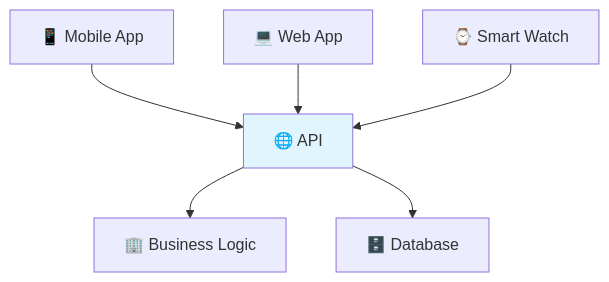
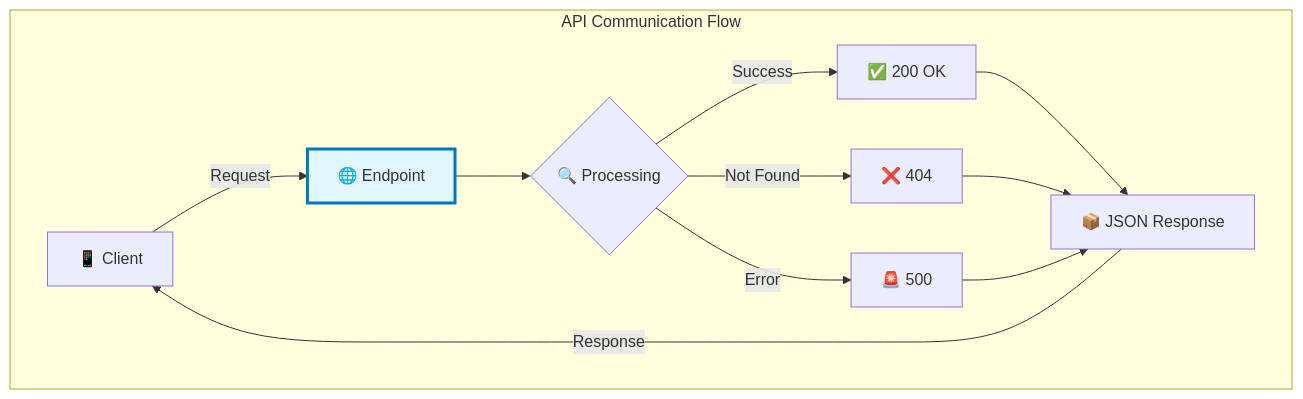
Diagram 17 of 17 in app/docs/01_getting-started/a-start-what-is-restapi/page.mdx (ridwanspace/restful-fastapi-guideline), drawn with Mermaid before and after one commit. The commit also changed other lines of this file and 1 other file, not shown here.

First line of the commit message:
📝 docs(README): enhance REST API documentation with restaurant analogy

````diff
--- a/app/docs/01_getting-started/a-start-what-is-restapi/page.mdx
+++ b/app/docs/01_getting-started/a-start-what-is-restapi/page.mdx
@@ -57,10 +2045,16 @@
 ```mermaid
 graph TD
-    A[📱 Mobile App] --> D[🌐 API]
-    B[💻 Web App] --> D
-    C[⌚ Smart Watch] --> D
-    D --> E[🏢 Business Logic]
-    D --> F[🗄️ Database]
+    subgraph "API Communication Flow"
+        A[📱 Client] -->|Request| B[🌐 Endpoint]
+        B --> C{🔍 Processing}
+        C -->|Success| D[✅ 200 OK]
+        C -->|Not Found| E[❌ 404]
+        C -->|Error| F[🚨 500]
+        D --> G[📦 JSON Response]
+        E --> G
+        F --> G
+        G -->|Response| A
+    end
     
-    style D fill:#e1f5fe
+    style B fill:#e1f5fe,stroke:#0277bd,stroke-width:3px
 ```
````
